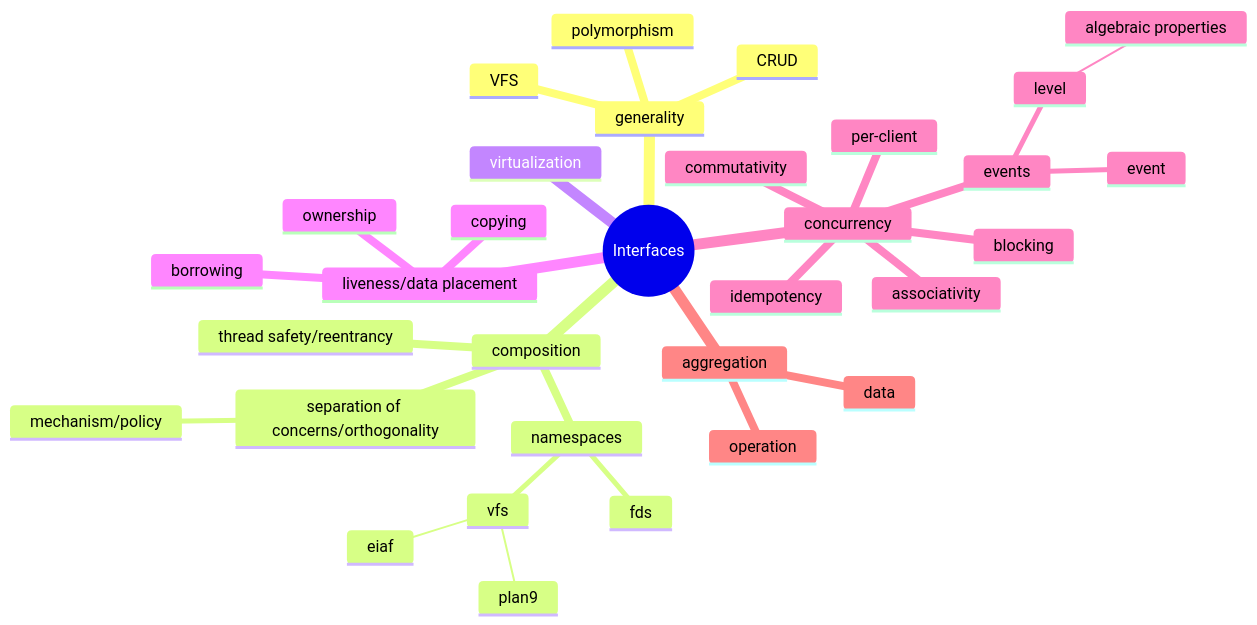
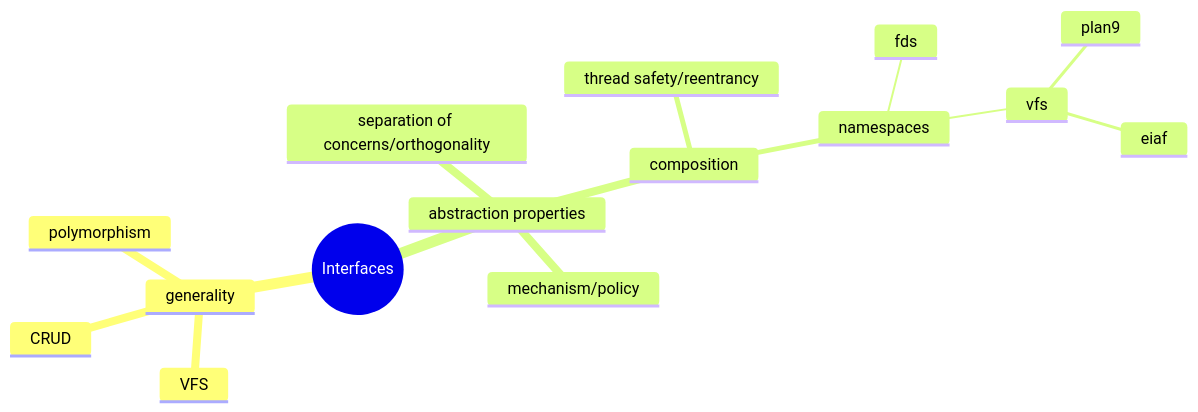
The fifth of 5 diagrams in slides/slides/05_interface.md (gwu-cs-advos/advos_book), drawn with Mermaid before and after one commit. The commit also changed other lines of this file and 2 other files, not shown here.

````diff
--- a/slides/slides/05_interface.md
+++ b/slides/slides/05_interface.md
@@ -1564,36 +613,18 @@
 ```mermaid
 mindmap
 	root((Interfaces))
 		generality
 			VFS
 			CRUD
 			polymorphism
-		composition
-			thread safety/reentrancy
-			namespaces
-				fds
-				vfs
-					plan9
-					eiaf
+		abstraction properties
+			composition
+				thread safety/reentrancy
+				namespaces
+					fds
+					vfs
+						plan9
+						eiaf
 			separation of concerns/orthogonality
-		    mechanism/policy
-		virtualization
-		liveness/data placement
-			borrowing
-			ownership
-			copying
-		concurrency
-			blocking
-			per-client
-			events
-				event
-				level
-	    algebraic properties
-			commutativity
-			associativity
-			idempotency
-		aggregation
-			data
-			operation
-
+			mechanism/policy
 ```
````
